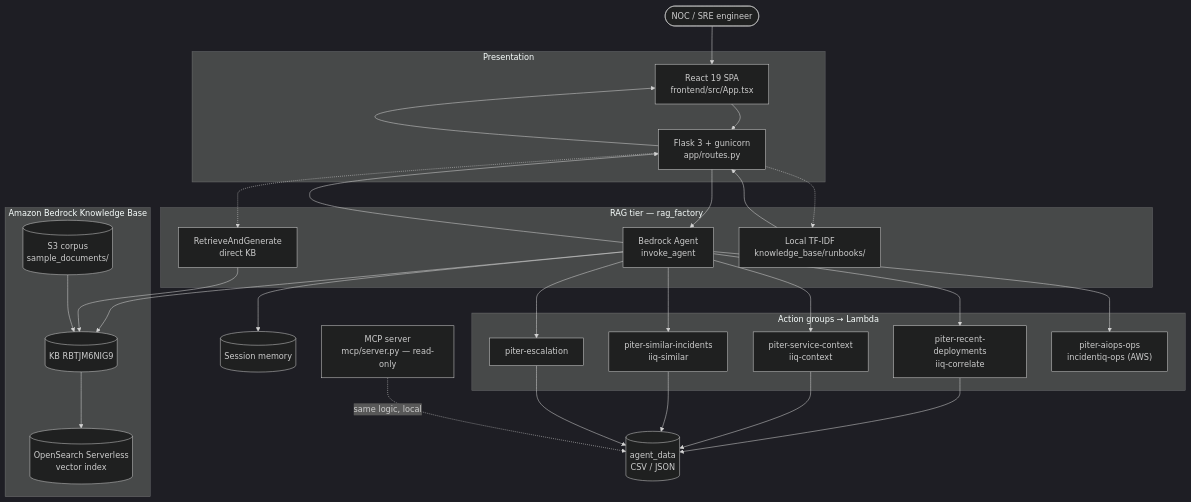
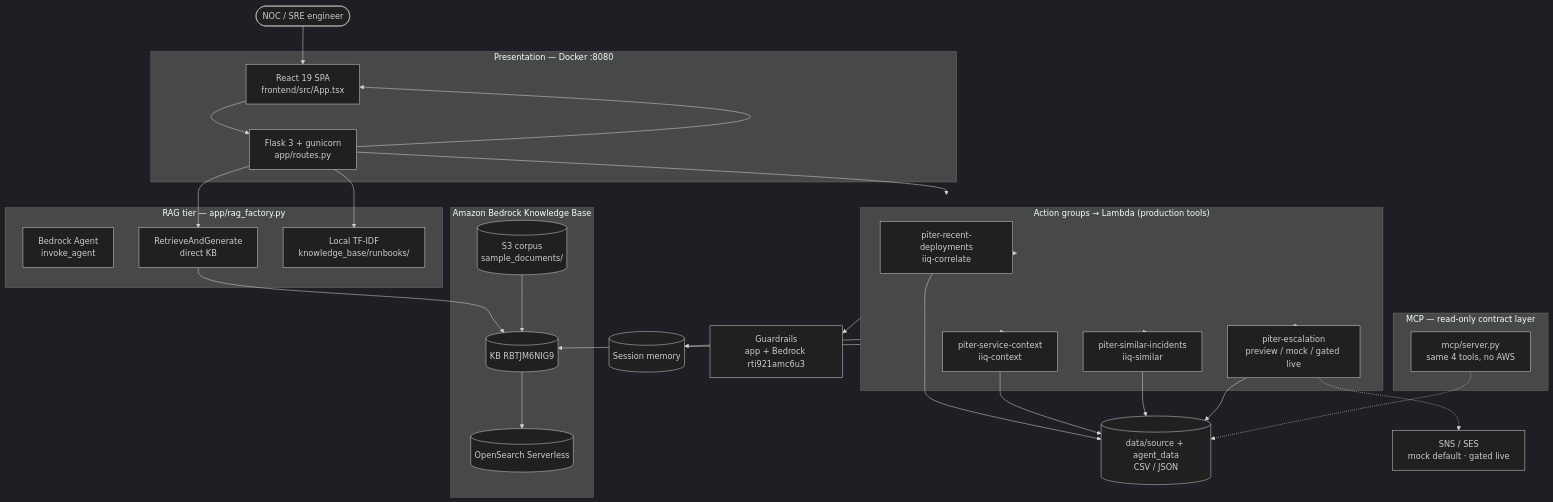
Before and after one commit to reem-mor/ai-engineering-portfolio: the second of 6 diagrams in projects/piter-aiops/README.md, drawn with Mermaid (dark theme). The commit also changed other lines of this file, not shown here.

````diff
--- a/projects/piter-aiops/README.md
+++ b/projects/piter-aiops/README.md
@@ -131,50 +113,49 @@
 ```mermaid
 flowchart TB
   ENG(["NOC / SRE engineer"])
 
-  subgraph PRES["Presentation"]
+  subgraph PRES["Presentation — Docker :8080"]
     SPA["React 19 SPA<br/>frontend/src/App.tsx"]
     FLASK["Flask 3 + gunicorn<br/>app/routes.py"]
   end
 
-  subgraph RAG["RAG tier — rag_factory"]
+  subgraph RAG["RAG tier — app/rag_factory.py"]
     AGENT["Bedrock Agent<br/>invoke_agent"]
     RNG["RetrieveAndGenerate<br/>direct KB"]
     LOCAL["Local TF-IDF<br/>knowledge_base/runbooks/"]
   end
 
   subgraph KBBOX["Amazon Bedrock Knowledge Base"]
     KB[("KB RBTJM6NIG9")]
     S3[("S3 corpus<br/>sample_documents/")]
-    OSS[("OpenSearch Serverless<br/>vector index")]
+    OSS[("OpenSearch Serverless")]
   end
 
-  subgraph AG["Action groups → Lambda"]
+  subgraph AG["Action groups → Lambda (production tools)"]
     L1["piter-recent-deployments<br/>iiq-correlate"]
     L2["piter-service-context<br/>iiq-context"]
     L3["piter-similar-incidents<br/>iiq-similar"]
-    L4["piter-escalation"]
-    OPS["piter-aiops-ops<br/>incidentiq-ops (AWS)"]
+    L4["piter-escalation<br/>preview / mock / gated live"]
   end
 
-  DATA[("agent_data<br/>CSV / JSON")]
+  subgraph MCPBOX["MCP — read-only contract layer"]
+    MCP["mcp/server.py<br/>same 4 tools, no AWS"]
+  end
+
+  DATA[("data/source + agent_data<br/>CSV / JSON")]
   MEM[("Session memory")]
-  MCP["MCP server<br/>mcp/server.py — read-only"]
+  GR["Guardrails<br/>app + Bedrock rti921amc6u3"]
+  NOTIFY["SNS / SES<br/>mock default · gated live"]
 
-  ENG --> SPA
-  SPA --> FLASK
-  FLASK --> AGENT
-  FLASK -.-> RNG
-  FLASK -.-> LOCAL
-  AGENT --> MEM
-  AGENT --> KB
+  ENG --> SPA --> FLASK
+  FLASK --> AG & RNG & LOCAL
+  AG --> GR
+  AG --> KB & MEM
   RNG --> KB
-  S3 --> KB
-  KB --> OSS
-  AGENT --> L1 & L2 & L3 & L4 & OPS
+  S3 --> KB --> OSS
+  AG --> L1 & L2 & L3 & L4
   L1 & L2 & L3 & L4 --> DATA
-  MCP -.->|"same logic, local"| DATA
-  AGENT --> FLASK
-  LOCAL --> FLASK
+  L4 -.-> NOTIFY
+  MCP -.-> DATA
   FLASK --> SPA
 ```
````
